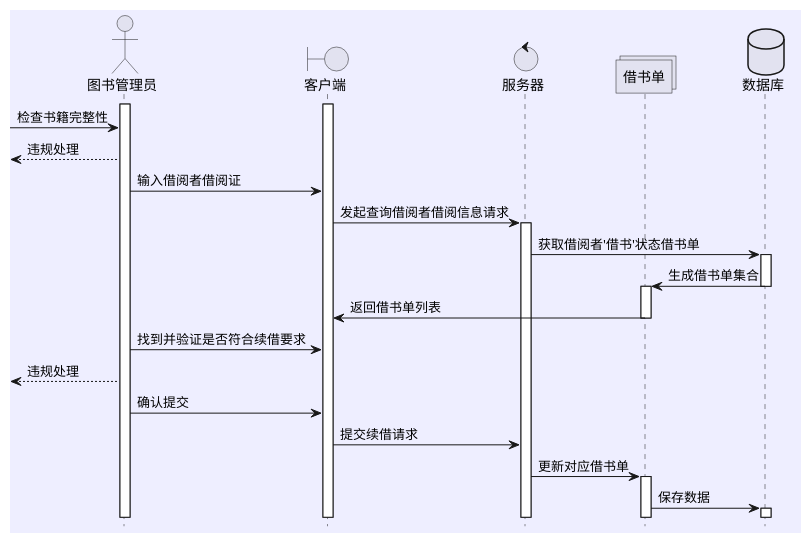
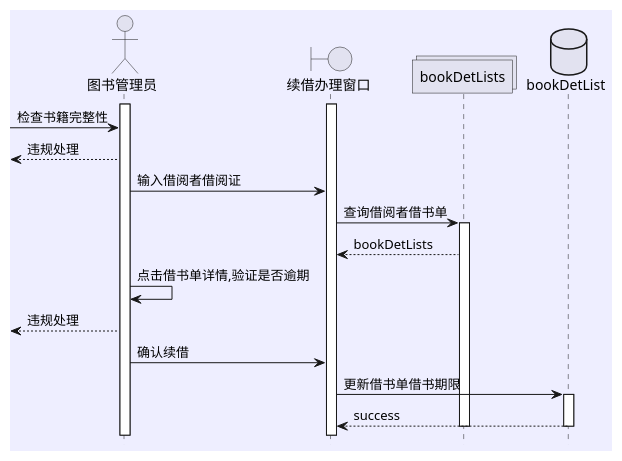
One commit to 201610414130/is_analysis-4 changed the fourth of 11 diagrams in test4/uaseCase.pu. Above: the diagram before and after it, drawn with PlantUML. The commit also changed other lines of this file and 13 other files, not shown here.

```diff
--- a/test4/uaseCase.pu
+++ b/test4/uaseCase.pu
@@ -75,33 +63,24 @@
 @startuml 续借
 skinparam backgroundColor #eef
 hide footbox
 actor 图书管理员
-boundary 客户端
-control 服务器
-collections 借书单
-database 数据库
+boundary 续借办理窗口
+collections bookDetLists
+database bookDetList
 activate 图书管理员
-activate 客户端
+activate 续借办理窗口
 [-> 图书管理员: 检查书籍完整性
 [<-- 图书管理员: 违规处理
-图书管理员 -> 客户端: 输入借阅者借阅证
-
-客户端 -> 服务器: 发起查询借阅者借阅信息请求
-activate 服务器
-
-服务器 -> 数据库: 获取借阅者'借书'状态借书单
-activate 数据库
-数据库 -> 借书单: 生成借书单集合
-deactivate 数据库
-activate 借书单
-借书单 -> 客户端: 返回借书单列表
-deactivate 借书单
-图书管理员 -> 客户端: 找到并验证是否符合续借要求
+图书管理员 -> 续借办理窗口: 输入借阅者借阅证
+续借办理窗口 -> bookDetLists: 查询借阅者借书单
+activate bookDetLists
+bookDetLists --> 续借办理窗口:bookDetLists
+图书管理员 -> 图书管理员: 点击借书单详情,验证是否逾期
 [<-- 图书管理员: 违规处理
-图书管理员 -> 客户端: 确认提交
-客户端 -> 服务器: 提交续借请求
-服务器 -> 借书单: 更新对应借书单
-activate 借书单
-借书单 -> 数据库: 保存数据
-activate 数据库
+图书管理员 -> 续借办理窗口: 确认续借
+续借办理窗口 -> bookDetList: 更新借书单借书期限
+activate bookDetList
+bookDetList --> 续借办理窗口: success
+deactivate bookDetList
+deactivate bookDetLists
 @enduml
```
